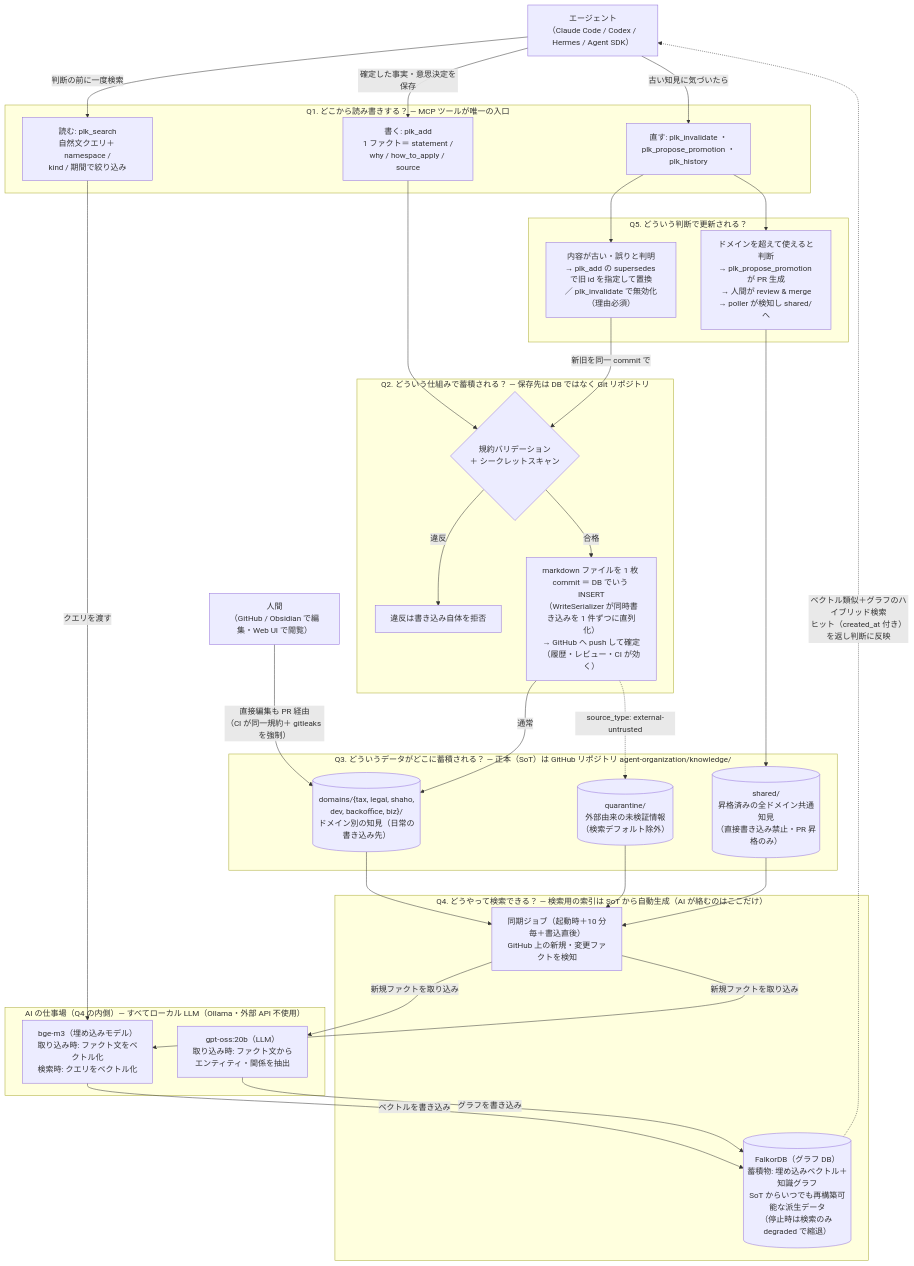
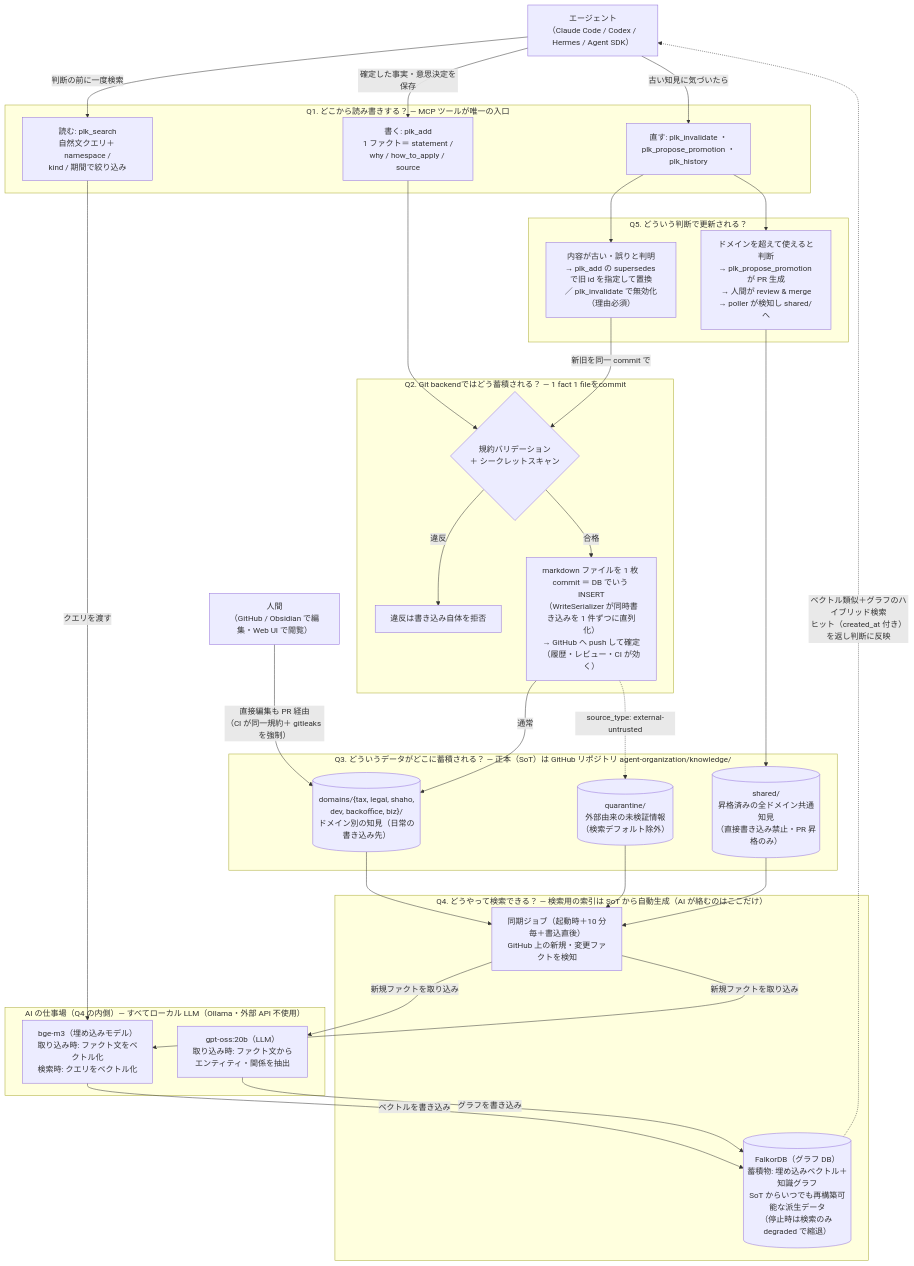
Before and after one commit to byteflare-co/plk-memory: the second of 2 diagrams in README.md, drawn with Mermaid. The commit also changed other lines of this file and 4 other files, not shown here.

````diff
--- a/README.md
+++ b/README.md
@@ -82,64 +92,64 @@
 ```mermaid
 flowchart TD
     AGENT["エージェント<br/>（Claude Code / Codex / Hermes / Agent SDK）"]
     HUMAN["人間<br/>（GitHub / Obsidian で編集・Web UI で閲覧）"]
 
     subgraph entry["Q1. どこから読み書きする？ — MCP ツールが唯一の入口"]
         SEARCH["読む: plk_search<br/>自然文クエリ＋ namespace /<br/>kind / 期間で絞り込み"]
         ADD["書く: plk_add<br/>1 ファクト＝ statement /<br/>why / how_to_apply / source"]
         MAINT["直す: plk_invalidate ・<br/>plk_propose_promotion ・<br/>plk_history"]
     end
 
     subgraph update["Q5. どういう判断で更新される？"]
         SUP["内容が古い・誤りと判明<br/>→ plk_add の supersedes で旧 id を指定して置換<br/>／ plk_invalidate で無効化（理由必須）"]
         PROM["ドメインを超えて使えると判断<br/>→ plk_propose_promotion が PR 生成<br/>→ 人間が review & merge<br/>→ poller が検知し shared/ へ"]
     end
 
-    subgraph write["Q2. どういう仕組みで蓄積される？ — 保存先は DB ではなく Git リポジトリ"]
+    subgraph write["Q2. Git backendではどう蓄積される？ — 1 fact 1 fileをcommit"]
         CHK{"規約バリデーション<br/>＋ シークレットスキャン"}
         REJ["違反は書き込み自体を拒否"]
         GITW["markdown ファイルを 1 枚 commit ＝ DB でいう INSERT<br/>（WriteSerializer が同時書き込みを 1 件ずつに直列化）<br/>→ GitHub へ push して確定（履歴・レビュー・CI が効く）"]
     end
 
     subgraph sot["Q3. どういうデータがどこに蓄積される？ — 正本（SoT）は GitHub リポジトリ agent-organization/knowledge/"]
         SHARED[("shared/<br/>昇格済みの全ドメイン共通知見<br/>（直接書き込み禁止・PR 昇格のみ）")]
         DOM[("domains/{tax, legal, shaho,<br/>dev, backoffice, biz}/<br/>ドメイン別の知見（日常の書き込み先）")]
         QUAR[("quarantine/<br/>外部由来の未検証情報<br/>（検索デフォルト除外）")]
     end
 
     subgraph index["Q4. どうやって検索できる？ — 検索用の索引は SoT から自動生成（AI が絡むのはここだけ）"]
         SYNC["同期ジョブ（起動時＋10 分毎＋書込直後）<br/>GitHub 上の新規・変更ファクトを検知"]
         FALKOR[("FalkorDB（グラフ DB）<br/>蓄積物: 埋め込みベクトル＋知識グラフ<br/>SoT からいつでも再構築可能な派生データ<br/>（停止時は検索のみ degraded で縮退）")]
     end
 
     subgraph ai["AI の仕事場（Q4 の内側）— すべてローカル LLM（Ollama・外部 API 不使用）"]
         LLM["gpt-oss:20b（LLM）<br/>取り込み時: ファクト文から<br/>エンティティ・関係を抽出"]
         EMB["bge-m3（埋め込みモデル）<br/>取り込み時: ファクト文をベクトル化<br/>検索時: クエリをベクトル化"]
     end
 
     AGENT -->|"判断の前に一度検索"| SEARCH
     AGENT -->|"確定した事実・意思決定を保存"| ADD
     AGENT -->|"古い知見に気づいたら"| MAINT
 
     ADD --> CHK
     CHK -->|"違反"| REJ
     CHK -->|"合格"| GITW
     GITW -->|"通常"| DOM
     GITW -.->|"source_type: external-untrusted"| QUAR
     HUMAN -->|"直接編集も PR 経由<br/>（CI が同一規約＋ gitleaks を強制）"| DOM
 
     MAINT --> SUP
     MAINT --> PROM
     SUP -->|"新旧を同一 commit で"| CHK
     PROM --> SHARED
 
     SHARED --> SYNC
     DOM --> SYNC
     QUAR --> SYNC
     SYNC -->|"新規ファクトを取り込み"| LLM
     SYNC -->|"新規ファクトを取り込み"| EMB
     LLM -->|"グラフを書き込み"| FALKOR
     EMB -->|"ベクトルを書き込み"| FALKOR
     SEARCH -->|"クエリを渡す"| EMB
     FALKOR -.->|"ベクトル類似＋グラフのハイブリッド検索<br/>ヒット（created_at 付き）を返し判断に反映"| AGENT
 ```
````
